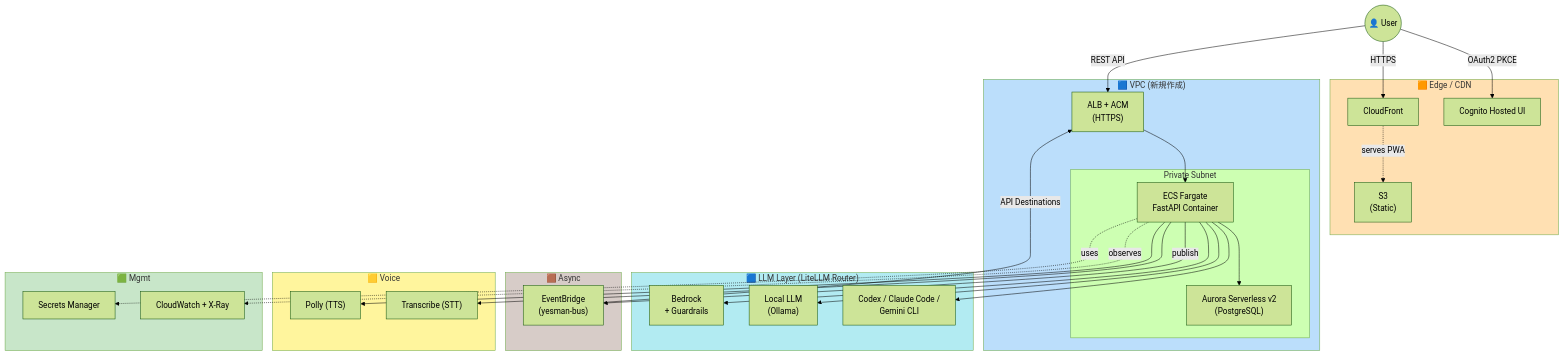
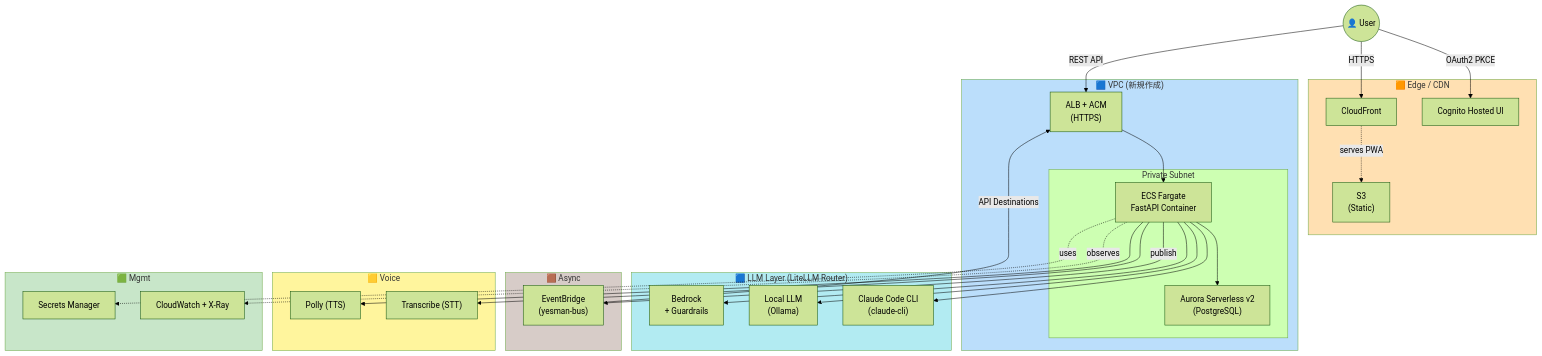
Before and after one commit to y-morimatsu/yes-man: the second of 7 diagrams in README.md, drawn with Mermaid (forest theme). The commit also changed other lines of this file, not shown here.

````diff
--- a/README.md
+++ b/README.md
@@ -383,61 +423,61 @@
 ```mermaid
 flowchart TB
     User((👤 User))
 
     subgraph Edge["🟧 Edge / CDN"]
         CF["CloudFront"]
         S3["S3<br>(Static)"]
         CGUI["Cognito Hosted UI"]
     end
 
     subgraph VPC["🟦 VPC (新規作成)"]
         ALB["ALB + ACM<br>(HTTPS)"]
         subgraph Priv["Private Subnet"]
             ECS["ECS Fargate<br>FastAPI Container"]
             Aurora["Aurora Serverless v2<br>(PostgreSQL)"]
         end
     end
 
     subgraph LLMLayer["🟦 LLM Layer (LiteLLM Router)"]
         Bedrock["Bedrock<br>+ Guardrails"]
         Local["Local LLM<br>(Ollama)"]
-        CLIs["Codex / Claude Code /<br>Gemini CLI"]
+        CLIs["Claude Code CLI<br>(claude-cli)"]
     end
 
     subgraph Async["🟫 Async"]
         EB["EventBridge<br>(yesman-bus)"]
     end
 
     subgraph Voice["🟨 Voice"]
         Polly["Polly (TTS)"]
         Trans["Transcribe (STT)"]
     end
 
     subgraph Mgmt["🟩 Mgmt"]
         SM["Secrets Manager"]
         CW["CloudWatch + X-Ray"]
     end
 
     User -->|HTTPS| CF
     CF -.->|serves PWA| S3
     User -->|OAuth2 PKCE| CGUI
     User -->|REST API| ALB
     ALB --> ECS
     ECS --> Aurora
     ECS --> Bedrock
     ECS --> Local
     ECS --> CLIs
     ECS -->|publish| EB
     EB -->|API Destinations| ALB
     ECS --> Polly
     ECS --> Trans
     ECS -.uses.-> SM
     ECS -.observes.-> CW
 
     style Edge fill:#FFE0B2
     style VPC fill:#BBDEFB
     style LLMLayer fill:#B2EBF2
     style Async fill:#D7CCC8
     style Voice fill:#FFF59D
     style Mgmt fill:#C8E6C9
 ```
````
